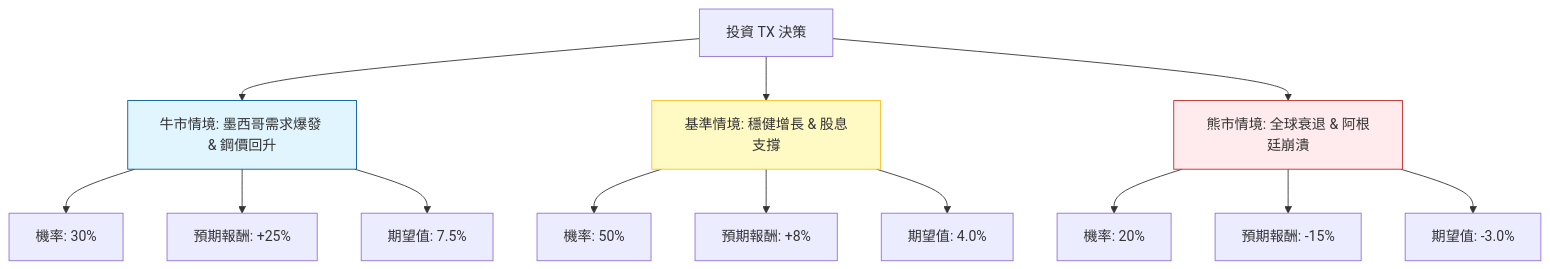
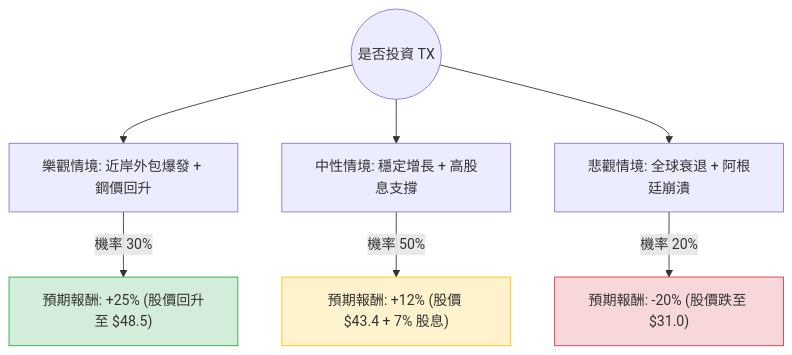
Before and after one commit to zmcx16/zmcx16.github.io: the diagram in plugin-react/ai-analysis/ev-analysis/TX.md, drawn with Mermaid. The commit also changed other lines of this file and 75 other files, not shown here.

````diff
--- a/plugin-react/ai-analysis/ev-analysis/TX.md
+++ b/plugin-react/ai-analysis/ev-analysis/TX.md
@@ -20,22 +19,14 @@
 ```mermaid
 graph TD
-    Start[投資 TX 決策] --> Bull[牛市情境: 墨西哥需求爆發 & 鋼價回升]
-    Start --> Base[基準情境: 穩健增長 & 股息支撐]
-    Start --> Bear[熊市情境: 全球衰退 & 阿根廷崩潰]
+    Start((是否投資 TX)) --> Bull[樂觀情境: 近岸外包爆發 + 鋼價回升]
+    Start --> Base[中性情境: 穩定增長 + 高股息支撐]
+    Start --> Bear[悲觀情境: 全球衰退 + 阿根廷崩潰]
 
-    Bull --> Bull_Prob[機率: 30%]
-    Bull --> Bull_Ret[預期報酬: +25%]
-    Bull --> Bull_EV[期望值: 7.5%]
+    Bull -- "機率 30%" --> BullVal["預期報酬: +25% (股價回升至 $48.5)"]
+    Base -- "機率 50%" --> BaseVal["預期報酬: +12% (股價 $43.4 + 7% 股息)"]
+    Bear -- "機率 20%" --> BearVal["預期報酬: -20% (股價跌至 $31.0)"]
 
-    Base --> Base_Prob[機率: 50%]
-    Base --> Base_Ret[預期報酬: +8%]
-    Base --> Base_EV[期望值: 4.0%]
-
-    Bear --> Bear_Prob[機率: 20%]
-    Bear --> Bear_Ret[預期報酬: -15%]
-    Bear --> Bear_EV[期望值: -3.0%]
-
-    style Bull fill:#e1f5fe,stroke:#01579b
-    style Base fill:#fff9c4,stroke:#fbc02d
-    style Bear fill:#ffebee,stroke:#c62828
+    style BullVal fill:#d4edda,stroke:#28a745
+    style BaseVal fill:#fff3cd,stroke:#ffc107
+    style BearVal fill:#f8d7da,stroke:#dc3545
 ```
````
